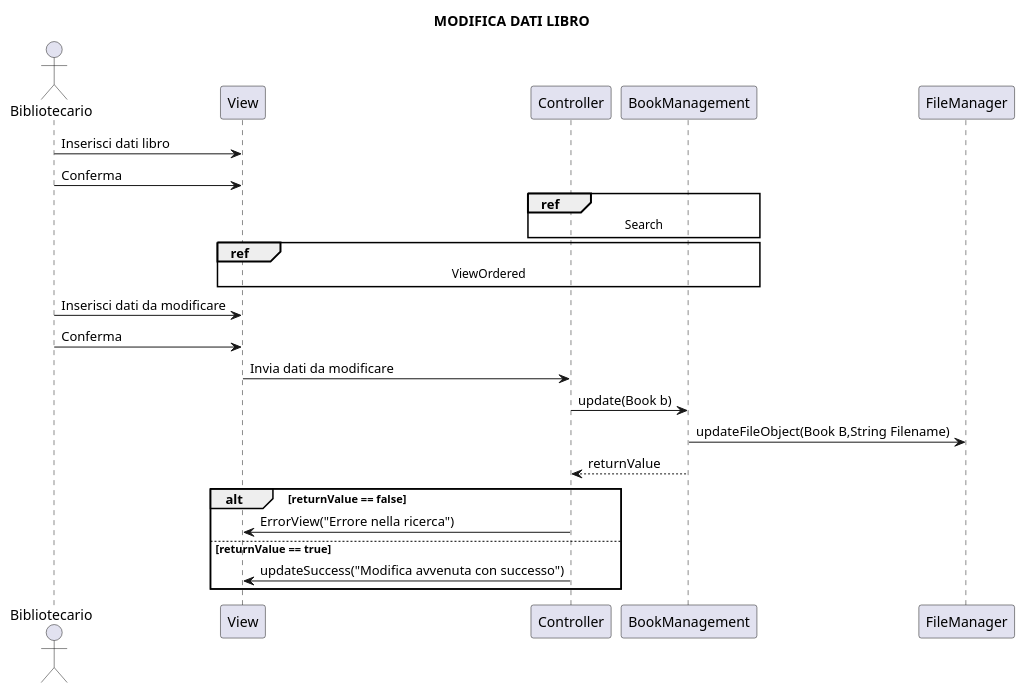
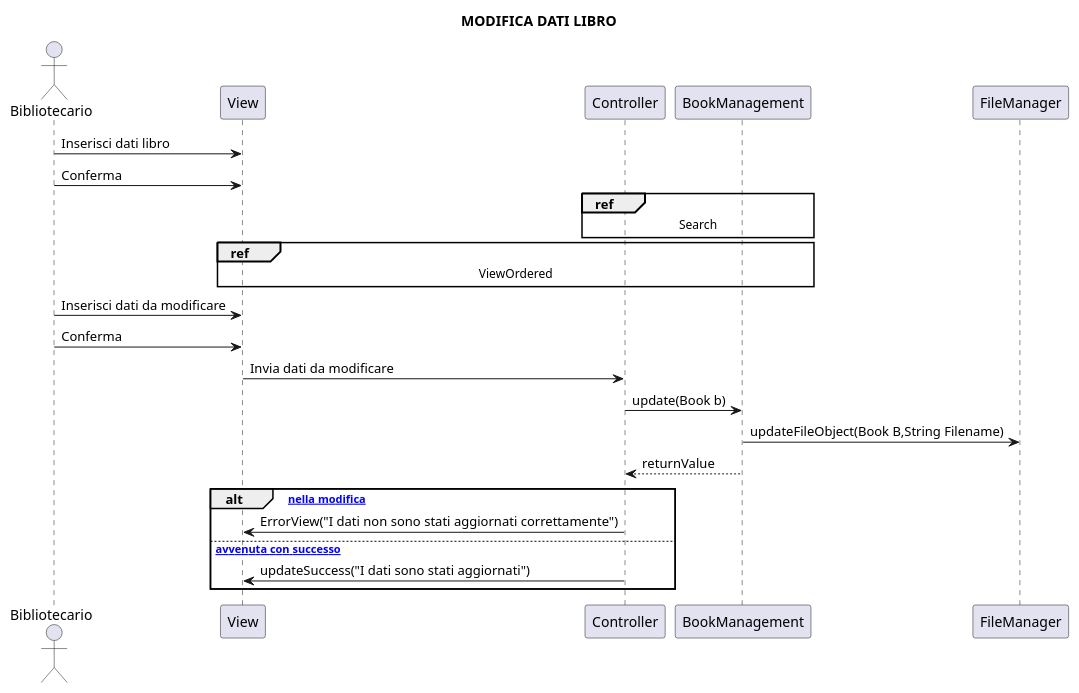
Before and after one commit to brunooliva7/Project-Ingegneria-del-Software14: the diagram in gruppo14BibliotecaUniversitaria/uml/ModificaLibro.puml, drawn with PlantUML. The commit also changed 13 other files, not shown here.

```diff
--- a/gruppo14BibliotecaUniversitaria/uml/ModificaLibro.puml
+++ b/gruppo14BibliotecaUniversitaria/uml/ModificaLibro.puml
@@ -1,32 +1,37 @@
 @startuml
 title MODIFICA DATI LIBRO
 
 actor Bibliotecario
+participant View
+participant Controller 
+participant BookManagement
+participant FileManager
 
 Bibliotecario -> View: Inserisci dati libro
 Bibliotecario -> View: Conferma
 
 ref over Controller, BookManagement
   Search
 end ref
 
 ref over View,Controller,BookManagement
  ViewOrdered
 end
 
 Bibliotecario -> View : Inserisci dati da modificare
 Bibliotecario -> View : Conferma
 
 View -> Controller : Invia dati da modificare
 Controller -> BookManagement : update(Book b)
 
 BookManagement -> FileManager: updateFileObject(Book B,String Filename)
 BookManagement --> Controller: returnValue
 
-alt returnValue == false
-  Controller -> View: ErrorView("Errore nella ricerca")
-else returnValue == true
-  Controller -> View: updateSuccess("Modifica avvenuta con successo")
+alt [ Errore nella modifica]
+  Controller -> View: ErrorView("I dati non sono stati aggiornati correttamente")
+
+else [ Modifica avvenuta con successo]
+  Controller -> View: updateSuccess("I dati sono stati aggiornati")
 end
 
 @enduml
```
